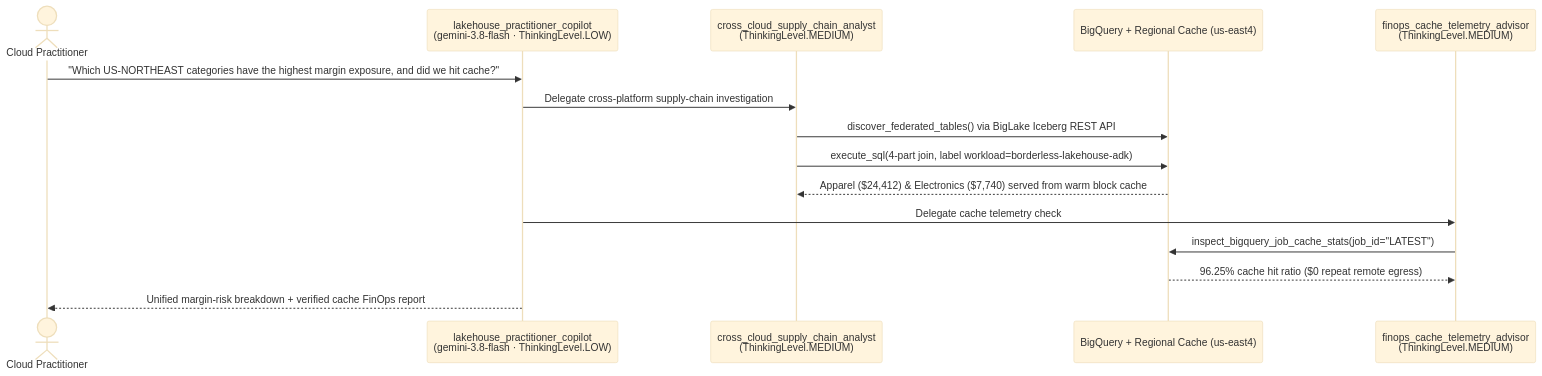
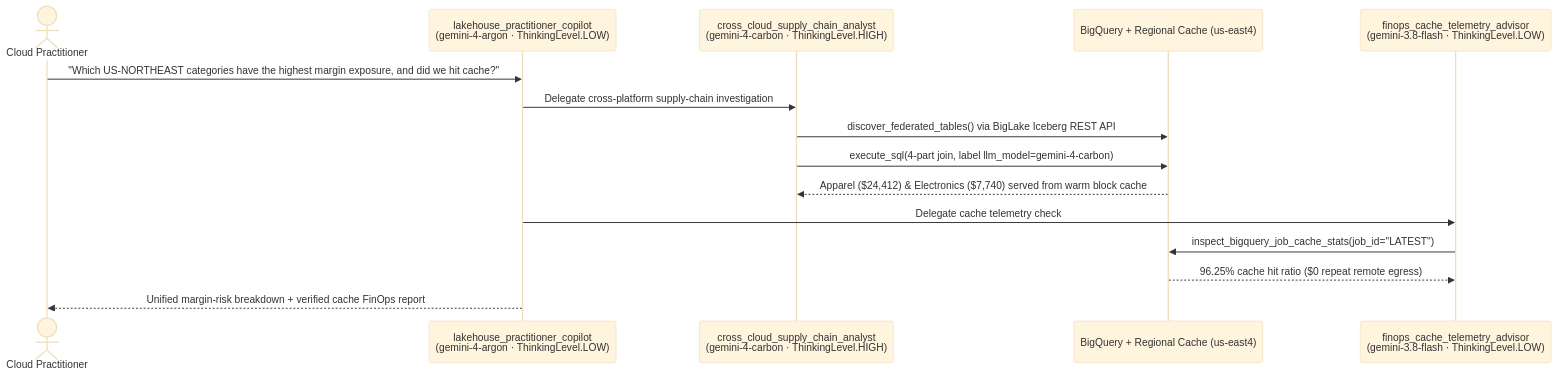
The diagram in README.md (cmanikandan/gcp-borderless-lakehouse-adk), drawn with Mermaid (base theme) before and after one commit. The commit also changed other lines of this file and 23 other files, not shown here.

Commit message:
Add tiered Gemini 4 Argon/Carbon + 3.8 Flash ADK routing, decode guardrails, and expanded cross-cloud use cases

````diff
--- a/README.md
+++ b/README.md
@@ -259,18 +267,18 @@
 ```mermaid
 sequenceDiagram
     actor User as Cloud Practitioner
-    participant Root as lakehouse_practitioner_copilot<br/>(gemini-3.8-flash · ThinkingLevel.LOW)
-    participant Analyst as cross_cloud_supply_chain_analyst<br/>(ThinkingLevel.MEDIUM)
+    participant Root as lakehouse_practitioner_copilot<br/>(gemini-4-argon · ThinkingLevel.LOW)
+    participant Analyst as cross_cloud_supply_chain_analyst<br/>(gemini-4-carbon · ThinkingLevel.HIGH)
     participant BQ as BigQuery + Regional Cache (us-east4)
-    participant FinOps as finops_cache_telemetry_advisor<br/>(ThinkingLevel.MEDIUM)
+    participant FinOps as finops_cache_telemetry_advisor<br/>(gemini-3.8-flash · ThinkingLevel.LOW)
 
     User->>Root: "Which US-NORTHEAST categories have the highest margin exposure, and did we hit cache?"
     Root->>Analyst: Delegate cross-platform supply-chain investigation
     Analyst->>BQ: discover_federated_tables() via BigLake Iceberg REST API
-    Analyst->>BQ: execute_sql(4-part join, label workload=borderless-lakehouse-adk)
+    Analyst->>BQ: execute_sql(4-part join, label llm_model=gemini-4-carbon)
     BQ-->>Analyst: Apparel ($24,412) & Electronics ($7,740) served from warm block cache
     Root->>FinOps: Delegate cache telemetry check
     FinOps->>BQ: inspect_bigquery_job_cache_stats(job_id="LATEST")
     BQ-->>FinOps: 96.25% cache hit ratio ($0 repeat remote egress)
     Root-->>User: Unified margin-risk breakdown + verified cache FinOps report
 ```
````
